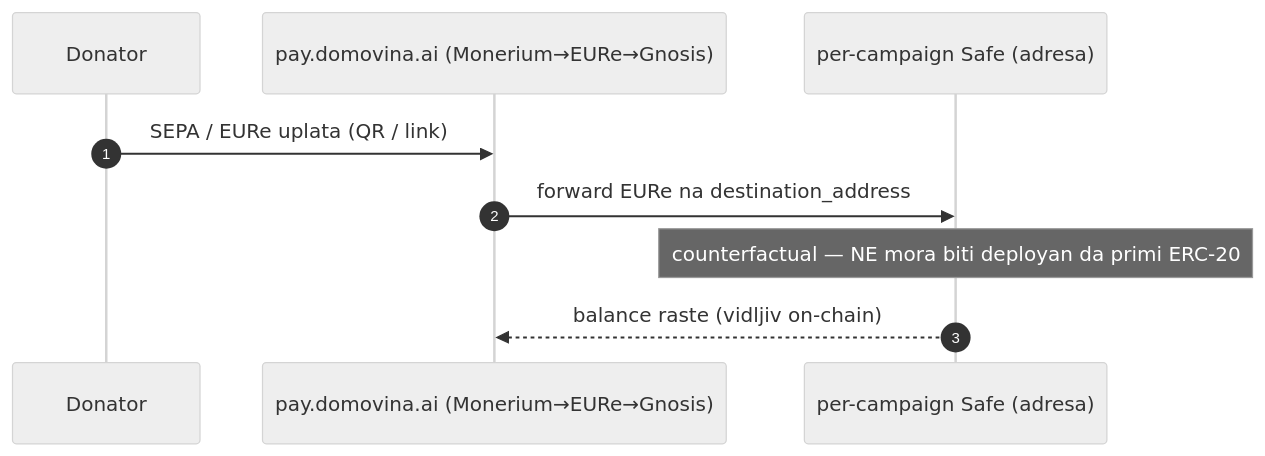
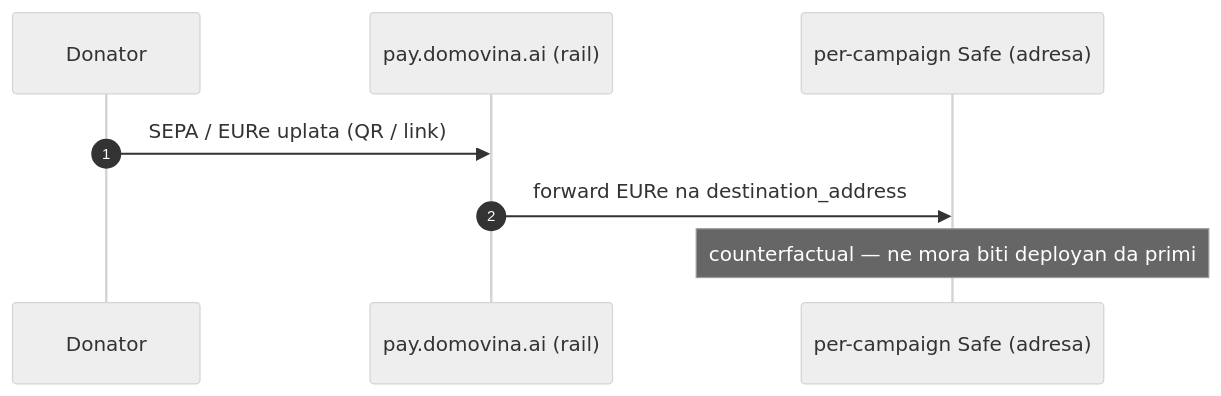
One commit to pinka-finance/mcp-automation changed the second of 6 diagrams in docs/campaign-safe-portability.md. Above: the diagram before and after it, drawn with Mermaid (neutral theme). The commit also changed other lines of this file, not shown here.

First line of the commit message:
docs(rev2): ispravak — recoveryOwner je korisnikov BIP39 EOA → 1-of-2 JE Safe-Mobile-prenosiv

````diff
--- a/docs/campaign-safe-portability.md
+++ b/docs/campaign-safe-portability.md
@@ -74,11 +72,10 @@
 ```mermaid
 sequenceDiagram
     autonumber
     participant Donor as Donator
-    participant Rail as pay.domovina.ai (Monerium→EURe→Gnosis)
+    participant Rail as pay.domovina.ai (rail)
     participant Safe as per-campaign Safe (adresa)
     Donor->>Rail: SEPA / EURe uplata (QR / link)
     Rail->>Safe: forward EURe na destination_address
-    Note over Safe: counterfactual — NE mora biti deployan da primi ERC-20
-    Safe-->>Rail: balance raste (vidljiv on-chain)
+    Note over Safe: counterfactual — ne mora biti deployan da primi
 ```
````
